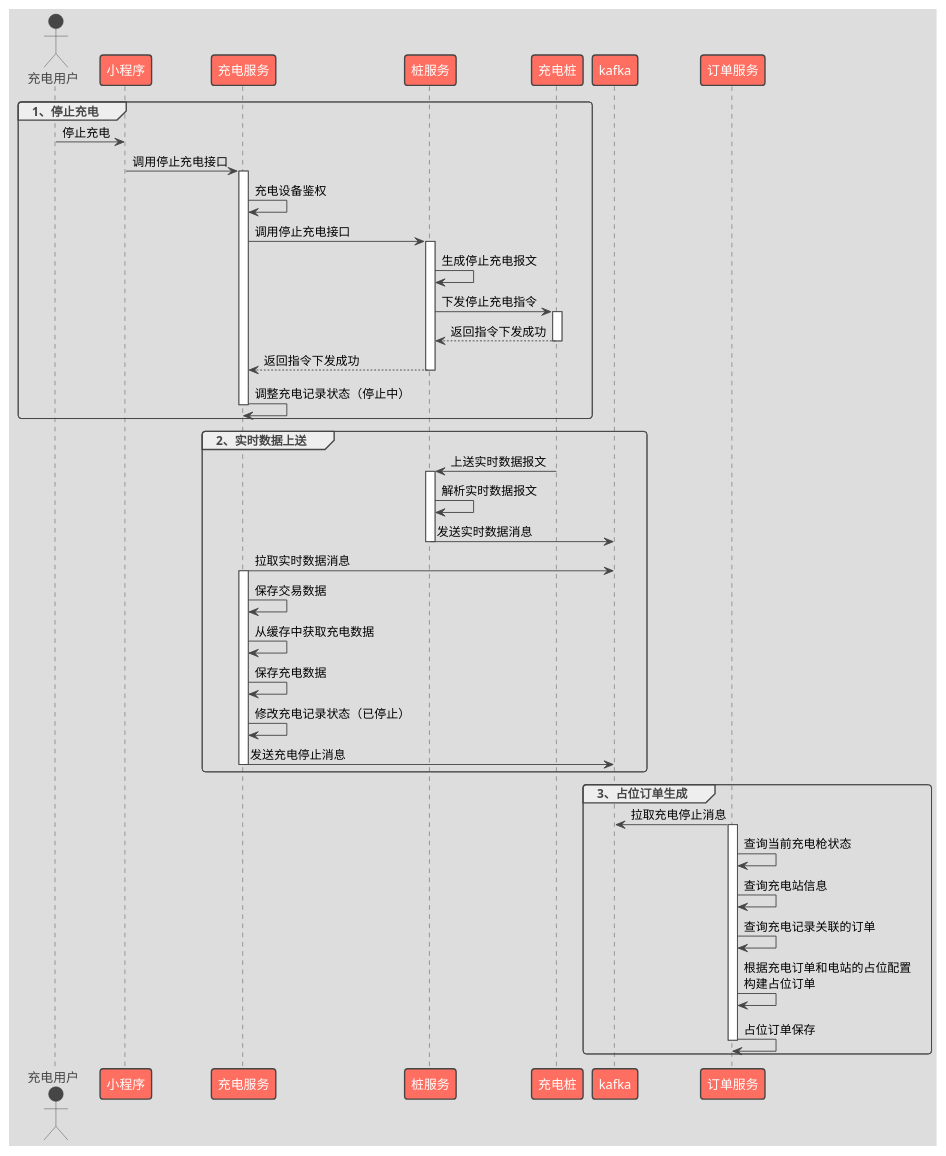
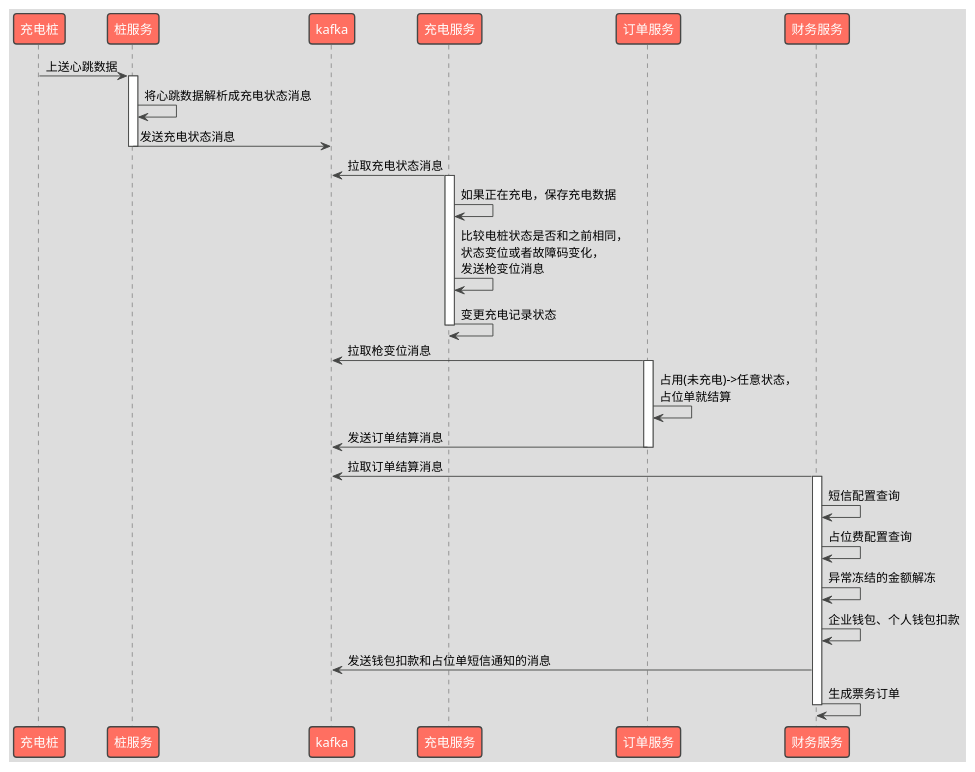
Before and after one commit to Awesome-GJK/LearningCodes: the diagram in demo_lean/src/main/resources/qcln/core_business/occupy_start.puml, drawn with PlantUML. The commit also changed 1 other file, not shown here.

Commit message:
流程图

```diff
--- a/demo_lean/src/main/resources/qcln/core_business/occupy_start.puml
+++ b/demo_lean/src/main/resources/qcln/core_business/occupy_start.puml
@@ -1,68 +1,34 @@
 @startuml
 'https://plantuml.com/sequence-diagram
 
 !theme toy
 
+充电桩 -> 桩服务: 上送心跳数据
+activate 桩服务
+桩服务 -> 桩服务: 将心跳数据解析成充电状态消息
+桩服务 -> kafka: 发送充电状态消息
+deactivate 桩服务
 
-group 1、停止充电
-actor 充电用户
-充电用户 -> 小程序: 停止充电
-小程序 -> 充电服务: 调用停止充电接口
+充电服务 -> kafka: 拉取充电状态消息
 activate 充电服务
-充电服务 -> 充电服务: 充电设备鉴权
-充电服务 -> 桩服务: 调用停止充电接口
-activate 桩服务
-桩服务 -> 桩服务: 生成停止充电报文
-桩服务 -> 充电桩: 下发停止充电指令
-activate 充电桩
-充电桩 --> 桩服务: 返回指令下发成功
-deactivate 充电桩
-桩服务 --> 充电服务: 返回指令下发成功
-deactivate 桩服务
-充电服务 -> 充电服务: 调整充电记录状态（停止中）
+充电服务 -> 充电服务: 如果正在充电，保存充电数据
+充电服务 -> 充电服务: 比较电桩状态是否和之前相同，\n状态变位或者故障码变化，\n发送枪变位消息
+充电服务 -> 充电服务: 变更充电记录状态
 deactivate 充电服务
-end
 
+订单服务 -> kafka: 拉取枪变位消息
+activate 订单服务
+订单服务 -> 订单服务: 占用(未充电)->任意状态，\n占位单就结算
+订单服务 -> kafka: 发送订单结算消息
+deactivate 订单服务
 
-group 2、实时数据上送
-充电桩 -> 桩服务: 上送实时数据报文
-activate 桩服务
-桩服务 -> 桩服务: 解析实时数据报文
-桩服务 -> kafka: 发送实时数据消息
-deactivate 桩服务
-充电服务 -> kafka: 拉取实时数据消息
-activate 充电服务
-充电服务 -> 充电服务: 保存交易数据
-充电服务 -> 充电服务: 从缓存中获取充电数据
-充电服务 -> 充电服务: 保存充电数据
-充电服务 -> 充电服务: 修改充电记录状态（已停止）
-充电服务 -> kafka: 发送充电停止消息
-deactivate 充电服务
-end
-
-group 3、占位订单生成
-订单服务 -> kafka: 拉取充电停止消息
-activate 订单服务
-订单服务 -> 订单服务: 查询当前充电枪状态
-订单服务 -> 订单服务: 查询充电站信息
-订单服务 -> 订单服务: 查询充电记录关联的订单
-订单服务 -> 订单服务: 根据充电订单和电站的占位配置\n构建占位订单
-订单服务 -> 订单服务: 占位订单保存
-deactivate 订单服务
-end
-
-
-
-
-
-
-
-
-
-
-
-
-
-
-
+财务服务 -> kafka: 拉取订单结算消息
+activate 财务服务
+财务服务 -> 财务服务: 短信配置查询
+财务服务 -> 财务服务: 占位费配置查询
+财务服务 -> 财务服务: 异常冻结的金额解冻
+财务服务 -> 财务服务: 企业钱包、个人钱包扣款
+财务服务 -> kafka: 发送钱包扣款和占位单短信通知的消息
+财务服务 -> 财务服务: 生成票务订单
+deactivate 财务服务
 @enduml
```
